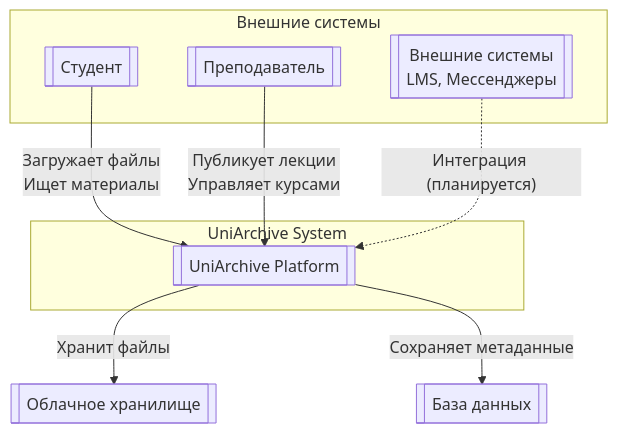
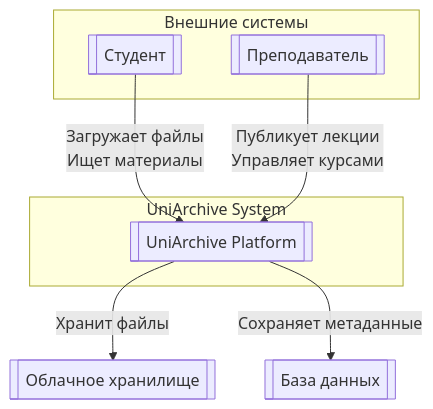
One commit to p6tso/p6tso.github.io changed the second of 2 diagrams in uniarchive/common.md. Above: the diagram before and after it, drawn with Mermaid.

Commit message:
small fix

````diff
--- a/uniarchive/common.md
+++ b/uniarchive/common.md
@@ -124,19 +124,17 @@
 ```mermaid
 flowchart TD
     subgraph "Внешние системы"
         User1[["Студент"]]
         User2[["Преподаватель"]]
-        External[["Внешние системы<br/>LMS, Мессенджеры"]]
     end
     
     subgraph "UniArchive System"
         System[[UniArchive Platform]]
     end
     
     User1 -->|"Загружает файлы<br/>Ищет материалы"| System
     User2 -->|"Публикует лекции<br/>Управляет курсами"| System
-    External -.->|"Интеграция (планируется)"| System
     
     System -->|"Хранит файлы"| Storage[["Облачное хранилище"]]
     System -->|"Сохраняет метаданные"| DB[["База данных"]]
 ```
````
